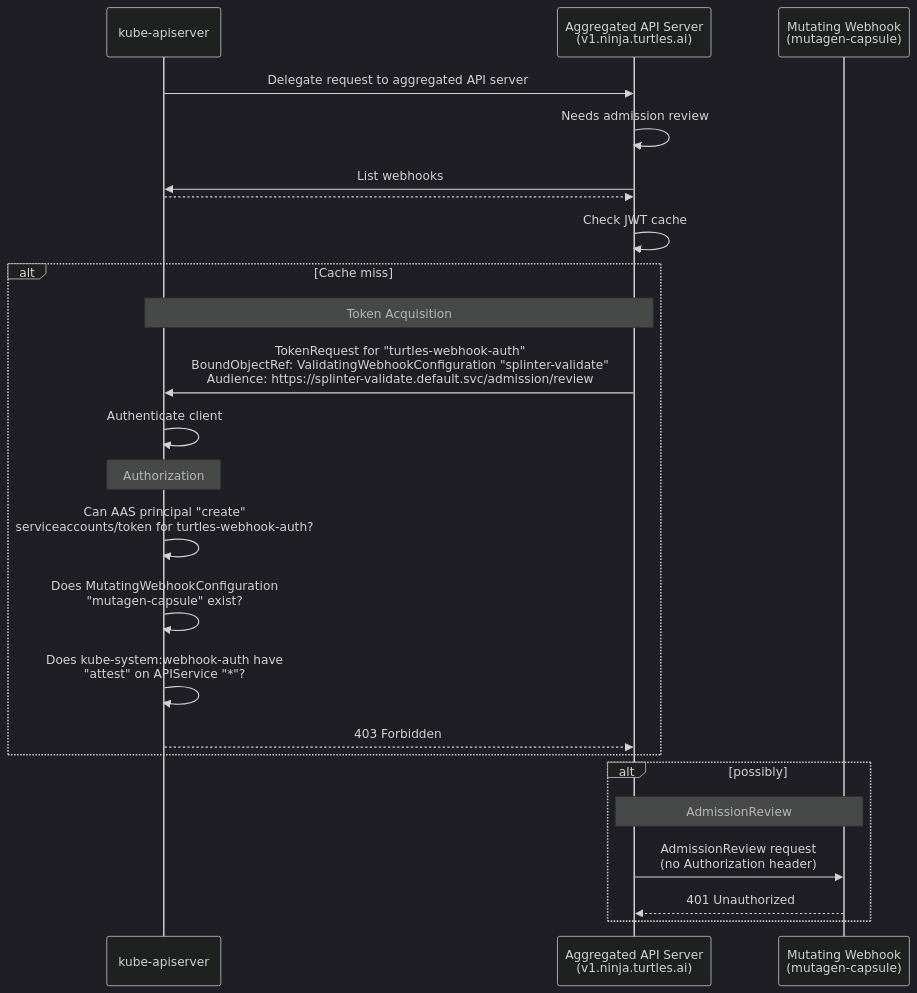
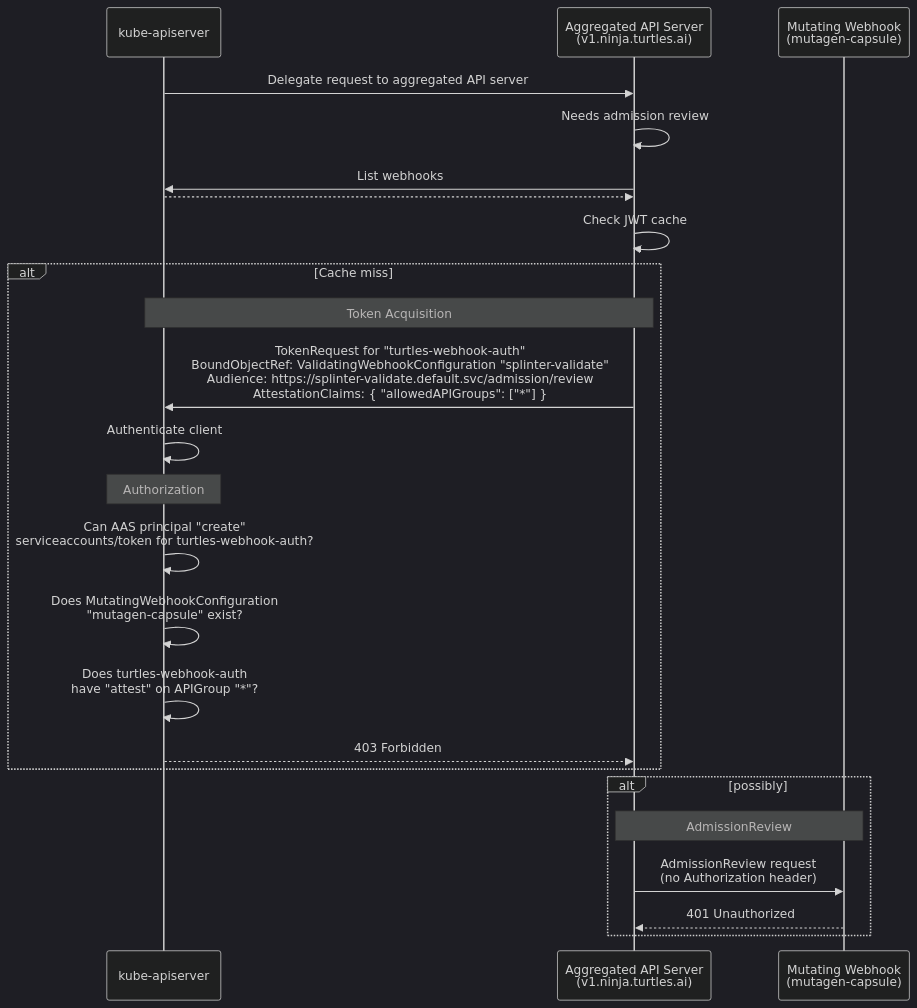
The second of 3 diagrams in keps/sig-auth/6060-api-server-authentication-to-webhooks/README.md (pmengelbert/enhancements), drawn with Mermaid (dark theme) before and after one commit. The commit also changed other lines of this file, not shown here.

Commit message:
Update sequence diagrams

````diff
--- a/keps/sig-auth/6060-api-server-authentication-to-webhooks/README.md
+++ b/keps/sig-auth/6060-api-server-authentication-to-webhooks/README.md
@@ -393,31 +398,31 @@
 ```mermaid
 sequenceDiagram
     participant KAS as kube-apiserver
     participant AAS as Aggregated API Server<br/>(v1.ninja.turtles.ai)
     participant Webhook as Mutating Webhook<br/>(mutagen-capsule)
 
     KAS->>AAS: Delegate request to aggregated API server
     AAS->>AAS: Needs admission review
     AAS->>KAS: List webhooks
     KAS-->>AAS: #%20;
 
     AAS->>AAS: Check JWT cache
     alt Cache miss
         Note over KAS,AAS: Token Acquisition
-        AAS->>KAS: TokenRequest for "turtles-webhook-auth"<br/>BoundObjectRef: ValidatingWebhookConfiguration "splinter-validate"<br/>Audience: https://splinter-validate.default.svc/admission/review
+        AAS->>KAS: TokenRequest for "turtles-webhook-auth"<br/>BoundObjectRef: ValidatingWebhookConfiguration "splinter-validate"<br/>Audience: https://splinter-validate.default.svc/admission/review<br/>AttestationClaims: { "allowedAPIGroups": ["*"] }
 
         KAS->>KAS: Authenticate client
         Note over KAS: Authorization
         KAS->>KAS: Can AAS principal "create"<br/>serviceaccounts/token for turtles-webhook-auth?
         KAS->>KAS: Does MutatingWebhookConfiguration<br/>"mutagen-capsule" exist?
-        KAS->>KAS: Does kube-system:webhook-auth have<br/>"attest" on APIService "*"?
+        KAS->>KAS: Does turtles-webhook-auth<br/>have "attest" on APIGroup "*"?
 
         KAS-->>AAS: 403 Forbidden
     end
 
     alt possibly
         Note over AAS,Webhook: AdmissionReview
         AAS->>Webhook: AdmissionReview request<br/>(no Authorization header)
         Webhook-->>AAS: 401 Unauthorized
     end
 ```
````
